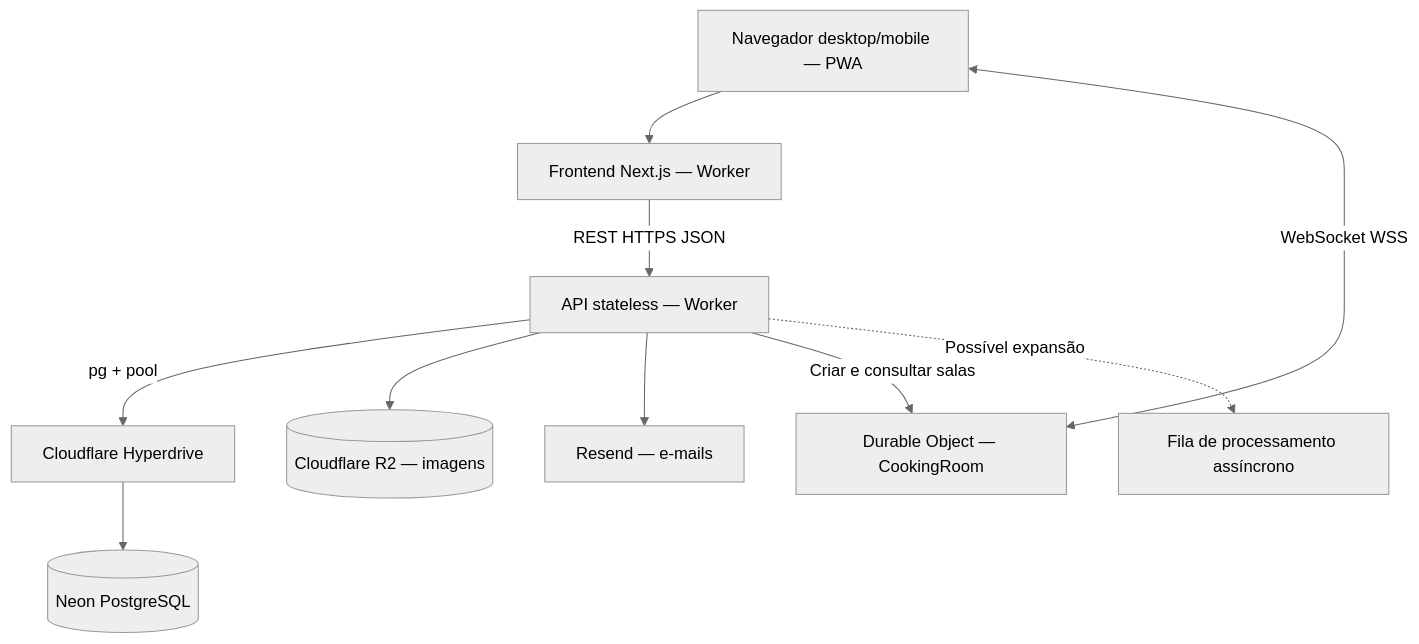
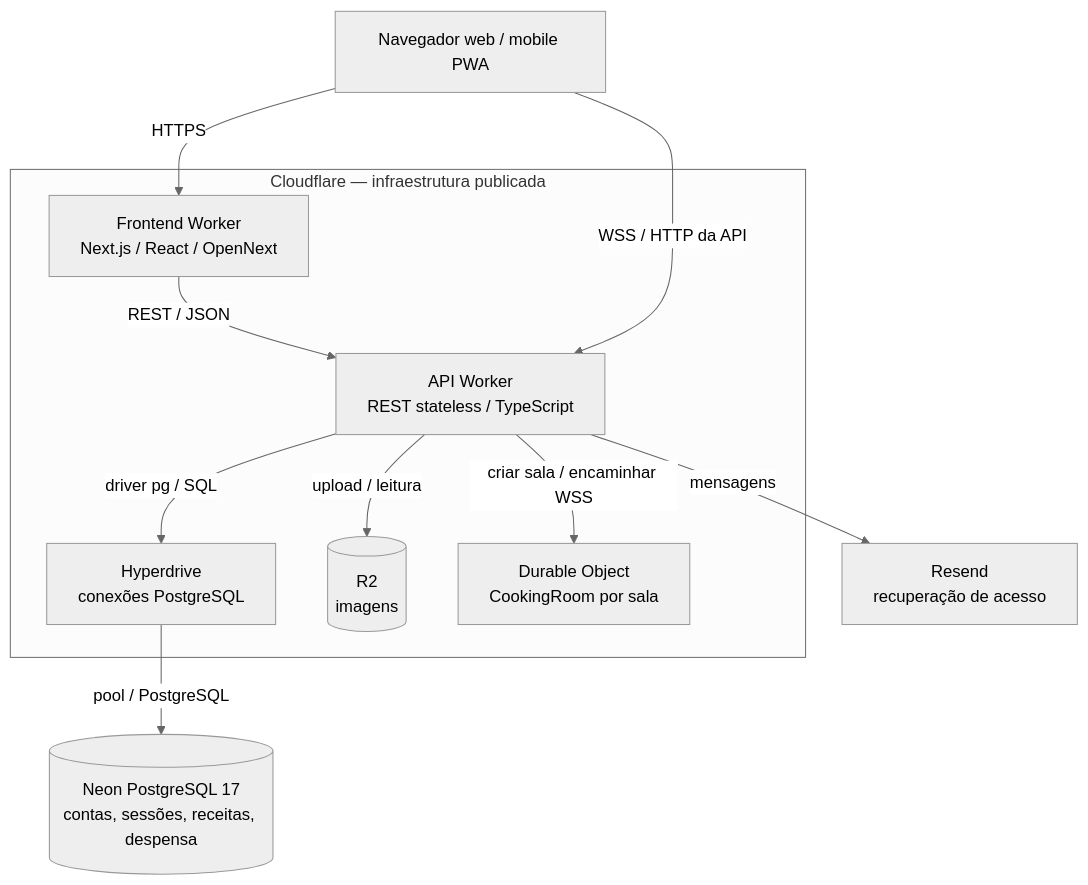
Before and after one commit to pitado/receitando: the second of 7 diagrams in docs/system-design-fase4.md, drawn with Mermaid (neutral theme). The commit also changed other lines of this file and 3 other files, not shown here.

Commit message:
docs: System Design visual com 7 diagramas e justificativas objetivas

````diff
--- a/docs/system-design-fase4.md
+++ b/docs/system-design-fase4.md
@@ -19,12 +46,21 @@
 ```mermaid
 flowchart TB
-  P["Navegador desktop/mobile — PWA"] --> F["Frontend Next.js — Worker"]
-  F -->|"REST HTTPS JSON"| API["API stateless — Worker"]
-  API -->|"pg + pool"| HD["Cloudflare Hyperdrive"]
-  HD --> DB[("Neon PostgreSQL")]
-  API --> R2[("Cloudflare R2 — imagens")]
-  API --> EM["Resend — e-mails"]
-  P <-->|"WebSocket WSS"| DO["Durable Object — CookingRoom"]
-  API -->|"Criar e consultar salas"| DO
-  API -.->|"Possível expansão"| Q["Fila de processamento assíncrono"]
+    B["Navegador web / mobile PWA"]
+    subgraph CF["Cloudflare — infraestrutura publicada"]
+        FE["Frontend Worker<br/>Next.js / React / OpenNext"]
+        API["API Worker<br/>REST stateless / TypeScript"]
+        HD["Hyperdrive<br/>conexões PostgreSQL"]
+        R2[("R2<br/>imagens")]
+        DO["Durable Object<br/>CookingRoom por sala"]
+    end
+    PG[("Neon PostgreSQL 17<br/>contas, sessões, receitas, despensa")]
+    MAIL["Resend<br/>recuperação de acesso"]
+    B -->|"HTTPS"| FE
+    FE -->|"REST / JSON"| API
+    B -->|"WSS / HTTP da API"| API
+    API -->|"driver pg / SQL"| HD
+    HD -->|"pool / PostgreSQL"| PG
+    API -->|"upload / leitura"| R2
+    API -->|"criar sala / encaminhar WSS"| DO
+    API -->|"mensagens"| MAIL
 ```
````
